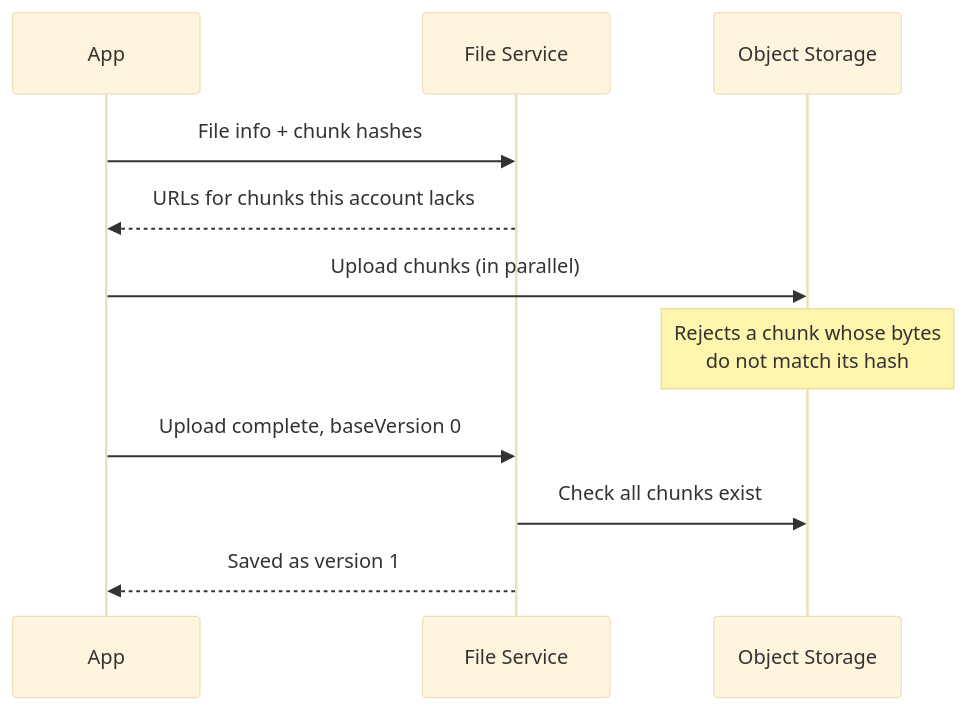
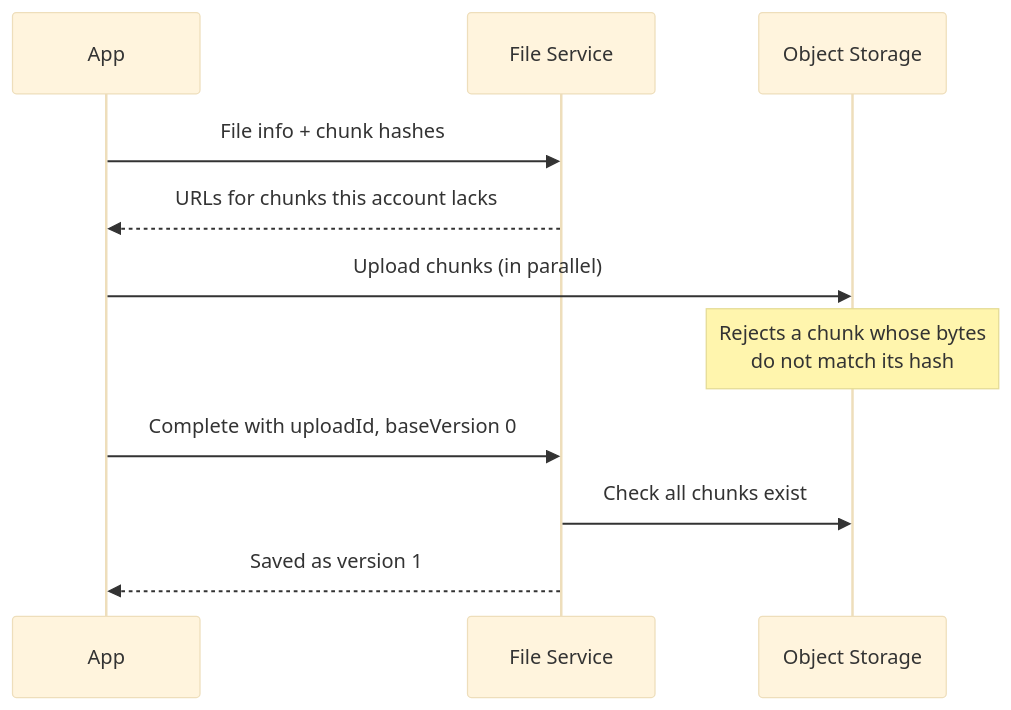
Before and after one commit to iamrs77/interview-ready: the second of 4 diagrams in content/system-design/questions/google-drive.mdx, drawn with Mermaid (base theme). The commit also changed other lines of this file and 132 other files, not shown here.

````diff
--- a/content/system-design/questions/google-drive.mdx
+++ b/content/system-design/questions/google-drive.mdx
@@ -159,13 +168,13 @@
 ```mermaid
 sequenceDiagram
   participant C as App
   participant F as File Service
   participant S as Object Storage
   C->>F: File info + chunk hashes
   F-->>C: URLs for chunks this account lacks
   C->>S: Upload chunks (in parallel)
   Note over S: Rejects a chunk whose bytes<br/>do not match its hash
-  C->>F: Upload complete, baseVersion 0
+  C->>F: Complete with uploadId, baseVersion 0
   F->>S: Check all chunks exist
   F-->>C: Saved as version 1
 ```
````
